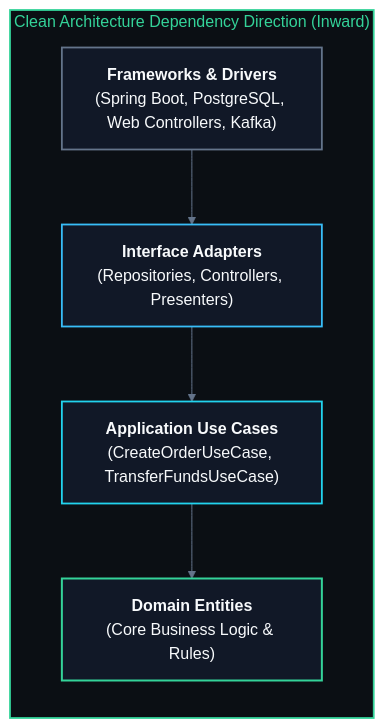
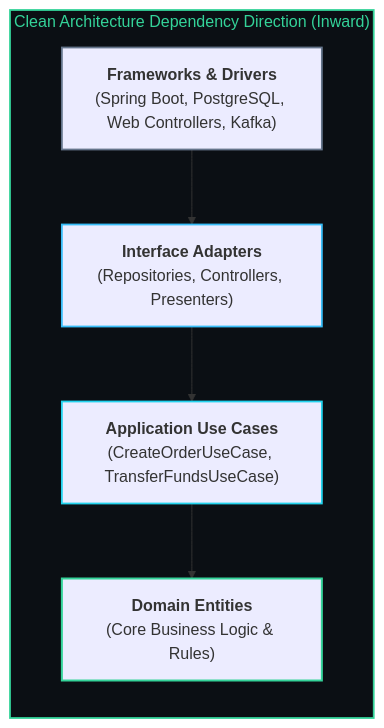
The diagram in BrainOS/04 - Software Engineering/Software Architecture.md (abhinavbharti2345/CS_Notes), drawn with Mermaid before and after one commit. The commit also changed 91 other files, not shown here.

````diff
--- a/BrainOS/04 - Software Engineering/Software Architecture.md
+++ b/BrainOS/04 - Software Engineering/Software Architecture.md
@@ -33,25 +33,24 @@
 ```mermaid
-%%{init: {'theme': 'base', 'themeVariables': { 'darkMode': true, 'background': '#0B0F14', 'mainBkg': '#111827', 'primaryColor': '#111827', 'primaryTextColor': '#F8FAFC', 'primaryBorderColor': '#38BDF8', 'lineColor': '#64748B', 'secondaryColor': '#0B0F14', 'tertiaryColor': '#0B0F14', 'clusterBkg': '#0B0F14', 'clusterBorder': '#38BDF8' }}}%%
 flowchart TD
     subgraph CLEAN ["Clean Architecture Dependency Direction (Inward)"]
         direction TB
         FW["<b>Frameworks & Drivers</b><br/>(Spring Boot, PostgreSQL, Web Controllers, Kafka)"]
         AD["<b>Interface Adapters</b><br/>(Repositories, Controllers, Presenters)"]
         UC["<b>Application Use Cases</b><br/>(CreateOrderUseCase, TransferFundsUseCase)"]
         ENT["<b>Domain Entities</b><br/>(Core Business Logic & Rules)"]
 
         FW --> AD --> UC --> ENT
     end
 
     style CLEAN fill:#0B0F14,stroke:#34D399,stroke-width:1.8px,color:#34D399
 
-    classDef fwNode fill:#111827,stroke:#64748B,stroke-width:1.8px,color:#F8FAFC;
-    classDef adNode fill:#111827,stroke:#38BDF8,stroke-width:1.8px,color:#F8FAFC;
-    classDef ucNode fill:#111827,stroke:#22D3EE,stroke-width:1.8px,color:#F8FAFC;
-    classDef entNode fill:#111827,stroke:#34D399,stroke-width:2px,color:#F8FAFC;
+    classDef fwNode stroke:#64748B,stroke-width:1.8px;
+    classDef adNode stroke:#38BDF8,stroke-width:1.8px;
+    classDef ucNode stroke:#22D3EE,stroke-width:1.8px;
+    classDef entNode stroke:#34D399,stroke-width:2px;
 
     class FW fwNode;
     class AD adNode;
     class UC ucNode;
     class ENT entNode;
 ```
````
